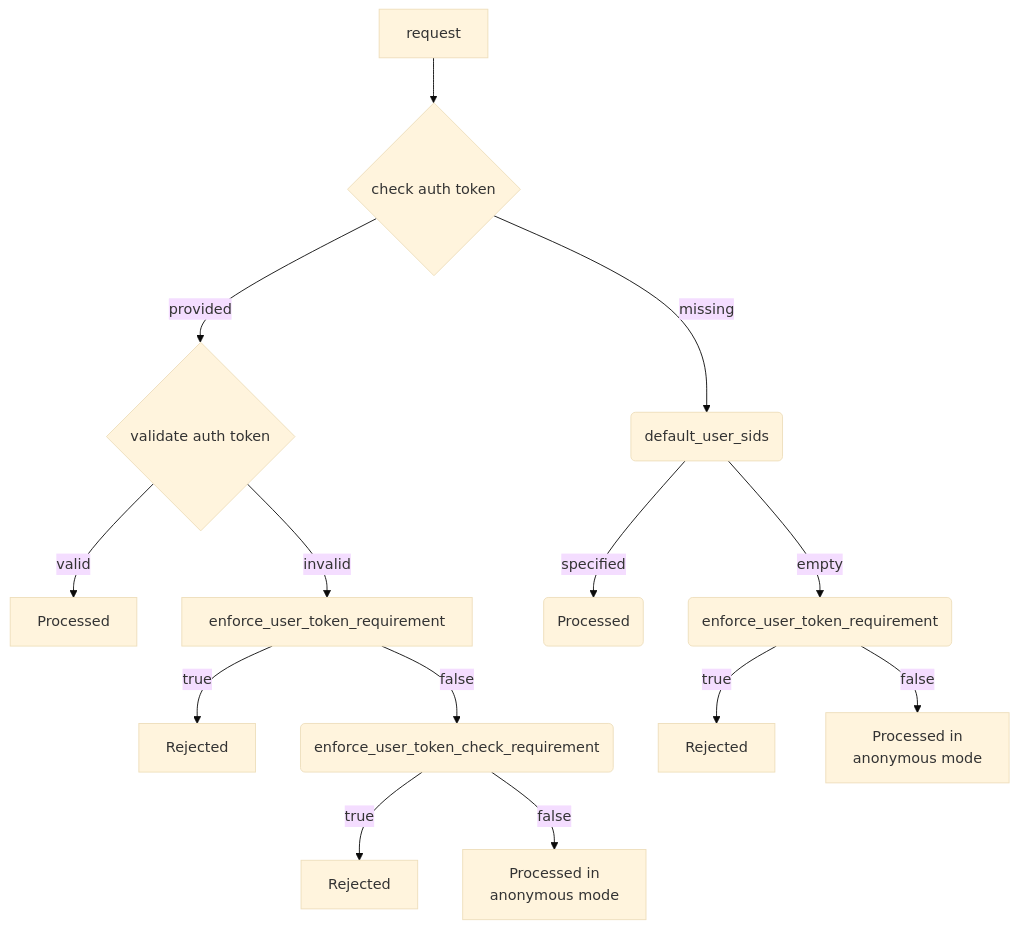
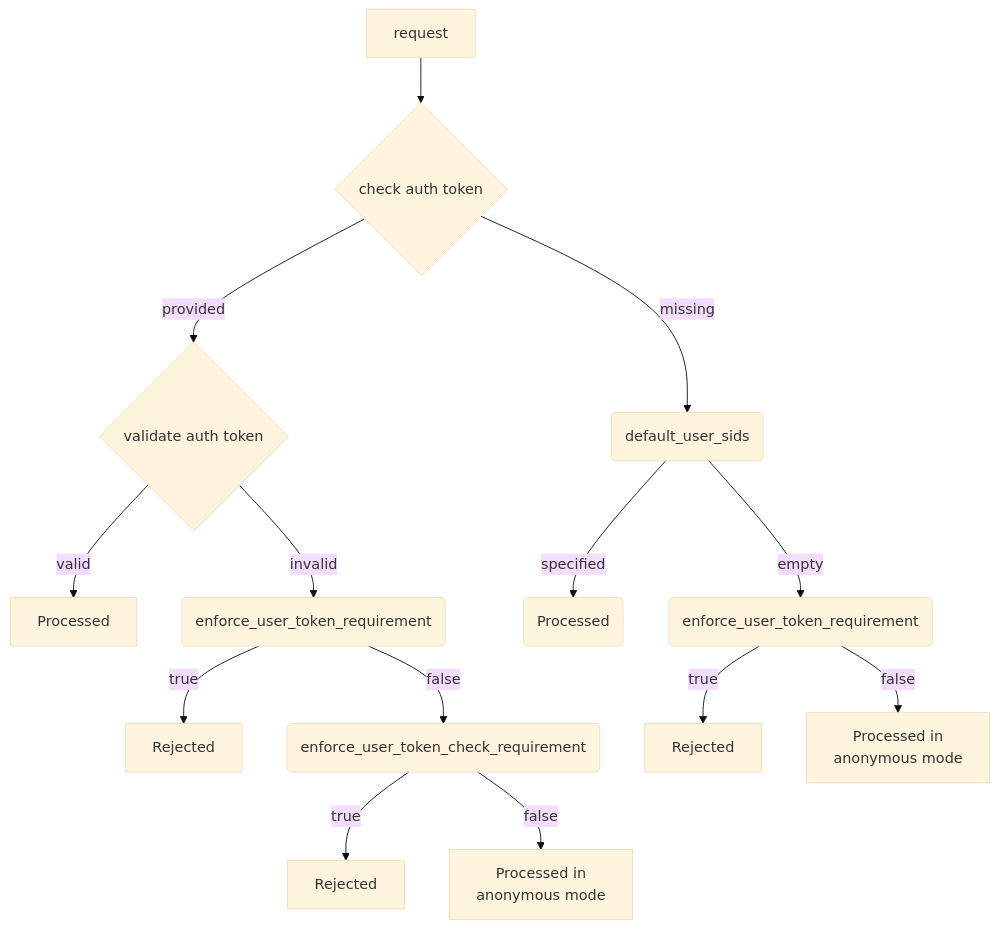
One commit to ydb-platform/ydb changed the diagram in ydb/docs/en/core/reference/configuration/security_config.md. Above: the diagram before and after it, drawn with Mermaid (base theme). The commit also changed 1 other file, not shown here.

Commit message:
fixed param type

````diff
--- a/ydb/docs/en/core/reference/configuration/security_config.md
+++ b/ydb/docs/en/core/reference/configuration/security_config.md
@@ -87,20 +87,20 @@
 ```mermaid
 flowchart TD
     request --> check-auth-token{check auth token}
 
         check-auth-token --> |provided| validate{validate auth token}
             validate{validate auth token} --> |valid| Processed
-            validate{validate auth token} --> |invalid| enforce_user_token_requirement
-                enforce_user_token_requirement --> |true| r[Rejected]
-                enforce_user_token_requirement --> |false| invalid_check_requirement(enforce_user_token_check_requirement)
+            validate{validate auth token} --> |invalid| invalid_enforce(enforce_user_token_requirement)
+                invalid_enforce --> |true| r[Rejected]
+                invalid_enforce --> |false| invalid_check_requirement(enforce_user_token_check_requirement)
                     invalid_check_requirement --> |true| Rejected
                     invalid_check_requirement --> |false| anonym[Processed in
                     anonymous mode]
 
         check-auth-token --> |missing| missing_default(default_user_sids)
             missing_default --> |specified| default_specified_enforce(Processed)
             missing_default --> |empty| default_empty_enforce(enforce_user_token_requirement)
                 default_empty_enforce --> |true| default_empty_enforce_true[Rejected]
                 default_empty_enforce --> |false| default_empty_enforce_false[Processed in
                 anonymous mode]
 ```
````
